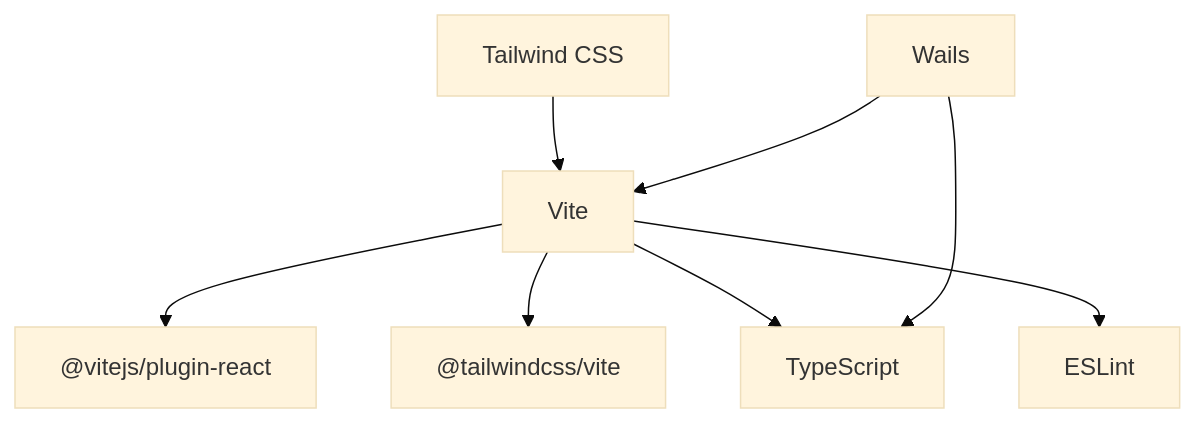
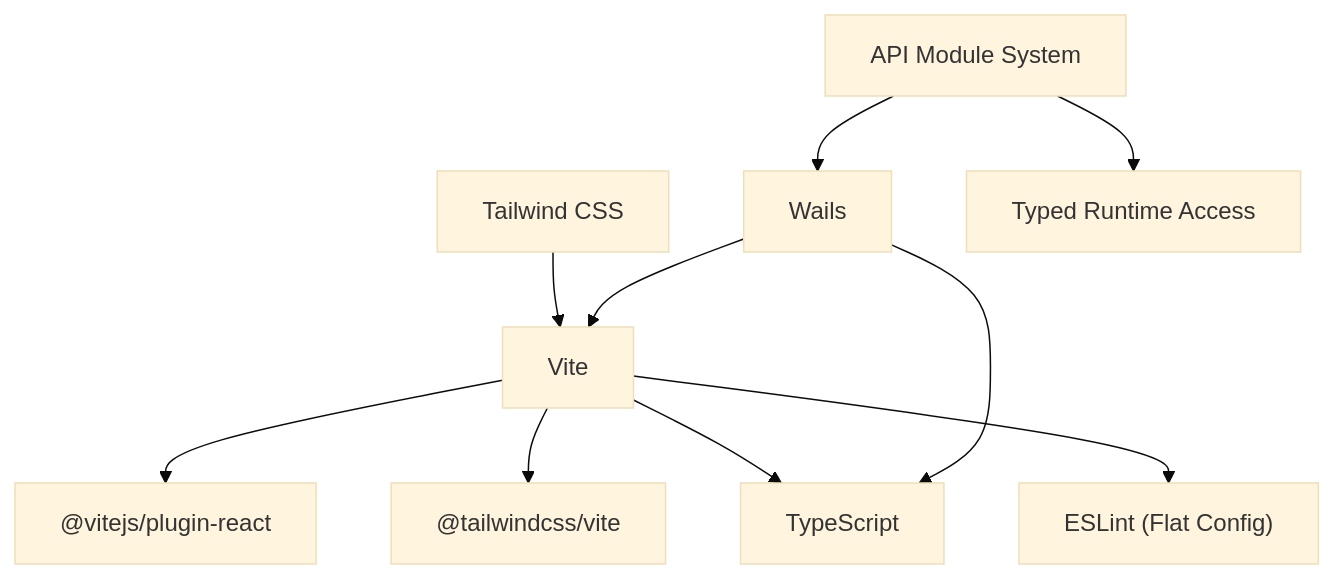
Diagram 11 of 11 in .qoder/repowiki/en/content/Frontend Application/Build System.md (v0lka/c0wrk), drawn with Mermaid (base theme) before and after one commit. The commit also changed other lines of this file and 13 other files, not shown here.

````diff
--- a/.qoder/repowiki/en/content/Frontend Application/Build System.md
+++ b/.qoder/repowiki/en/content/Frontend Application/Build System.md
@@ -412,17 +507,20 @@
 ```mermaid
 graph TB
 Vite["Vite"]
 React["@vitejs/plugin-react"]
 Tailwind["@tailwindcss/vite"]
 TS["TypeScript"]
-ESL["ESLint"]
+ESL["ESLint (Flat Config)"]
 TW["Tailwind CSS"]
 Wails["Wails"]
+API["API Module System"]
 Vite --> React
 Vite --> Tailwind
 Vite --> TS
 Vite --> ESL
 TW --> Vite
 Wails --> Vite
 Wails --> TS
+API --> Wails
+API --> Runtime["Typed Runtime Access"]
 ```
````
